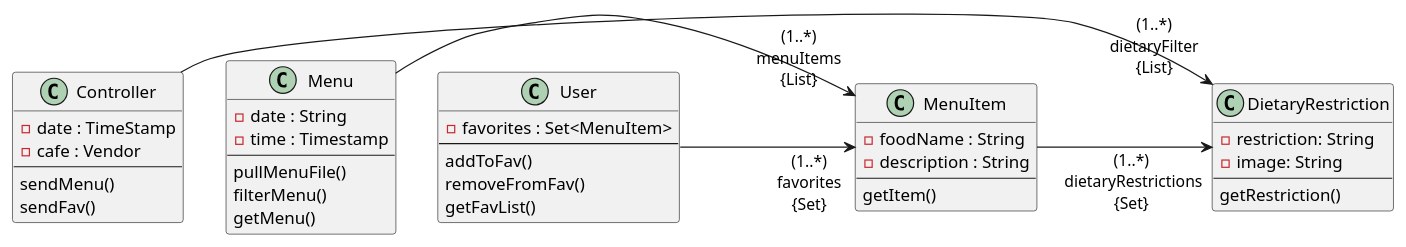
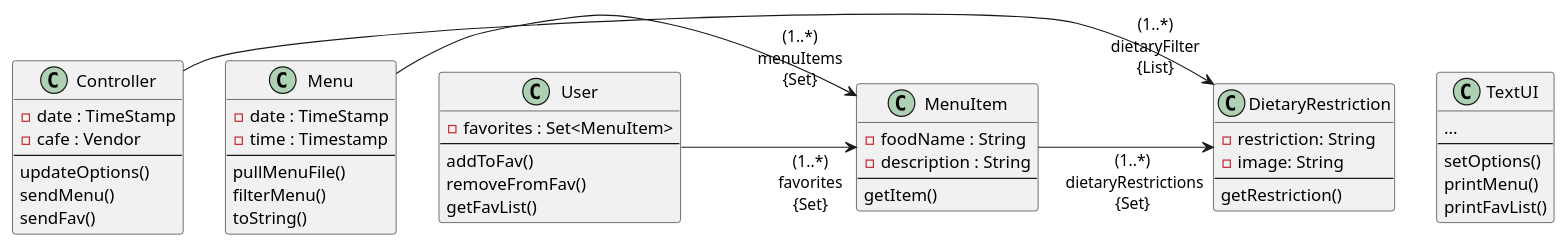
The diagram in doc/design.md (rkilpadi/vassar-dining-app), drawn with PlantUML before and after one commit. The commit also changed 4 other files, not shown here.

````diff
--- a/doc/design.md
+++ b/doc/design.md
@@ -1,45 +1,53 @@
 ```plantuml
+class TextUI{
+...
+--
+setOptions()
+printMenu()
+printFavList()
+}
 class Controller{
 -date : TimeStamp
 -cafe : Vendor
 --
+updateOptions()
 sendMenu() 
 sendFav()
 }
 
 class Menu{
--date : String 
+-date : TimeStamp
 -time : Timestamp
 --
 pullMenuFile()
 filterMenu()
-getMenu()
+toString()
 }
 
 class MenuItem{
 -foodName : String
 -description : String
 --
 getItem()
 }
 
 class DietaryRestriction {
 -restriction: String
 -image: String
 --
 getRestriction()
 }
 
 class User{
 -favorites : Set<MenuItem>
 --
 addToFav()
 removeFromFav()
 getFavList()
 }
 
 Controller -> "(1..*)\n dietaryFilter \n{List}" DietaryRestriction : \t\t\t\t
-Menu -> "(1..*)\n menuItems \n{List}" MenuItem: \t\t\t\t
+Menu -> "(1..*)\n menuItems \n{Set}" MenuItem: \t\t\t\t
 MenuItem -> "(1..*)\n dietaryRestrictions\n{Set}" DietaryRestriction: \t\t\t\t
 User -> "(1..*)\n favorites \n{Set}" MenuItem: \t\t\t\t
 ```
````
